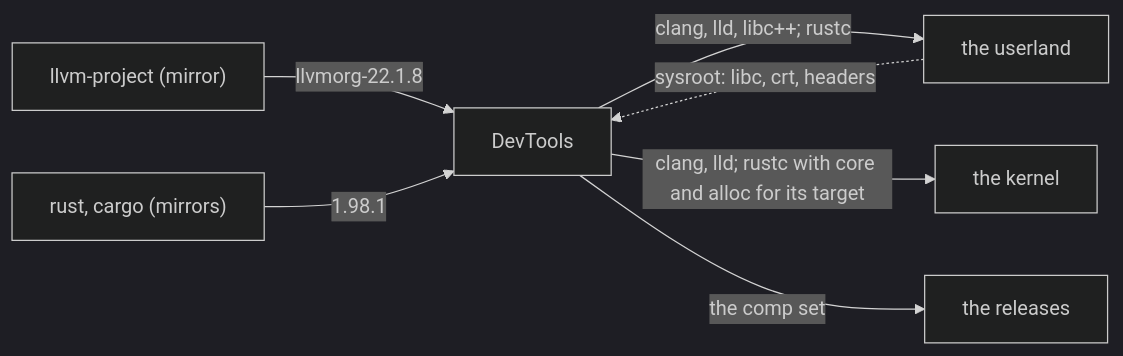
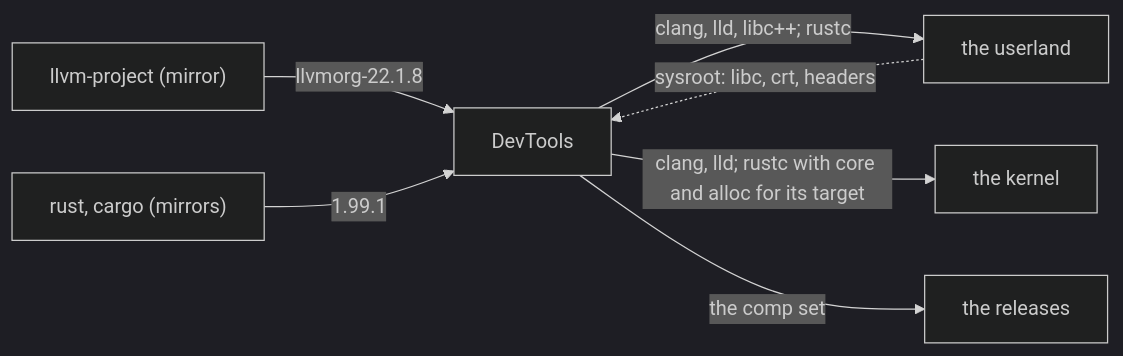
The diagram in README.md (EmiBSD/DevTools), drawn with Mermaid (dark theme) before and after one commit. The commit also changed other lines of this file and 6 other files, not shown here.

````diff
--- a/README.md
+++ b/README.md
@@ -52,9 +52,9 @@
 ```mermaid
 flowchart LR
     llvm["llvm-project (mirror)"] -- "llvmorg-22.1.8" --> dev["DevTools"]
-    rust["rust, cargo (mirrors)"] -- "1.98.1" --> dev
+    rust["rust, cargo (mirrors)"] -- "1.99.1" --> dev
     dev -- "clang, lld, libc++; rustc" --> ul["the userland"]
     dev -- "clang, lld; rustc with core and alloc for its target" --> k["the kernel"]
     dev -- "the comp set" --> os["the releases"]
     ul -. "sysroot: libc, crt, headers" .-> dev
 ```
````
